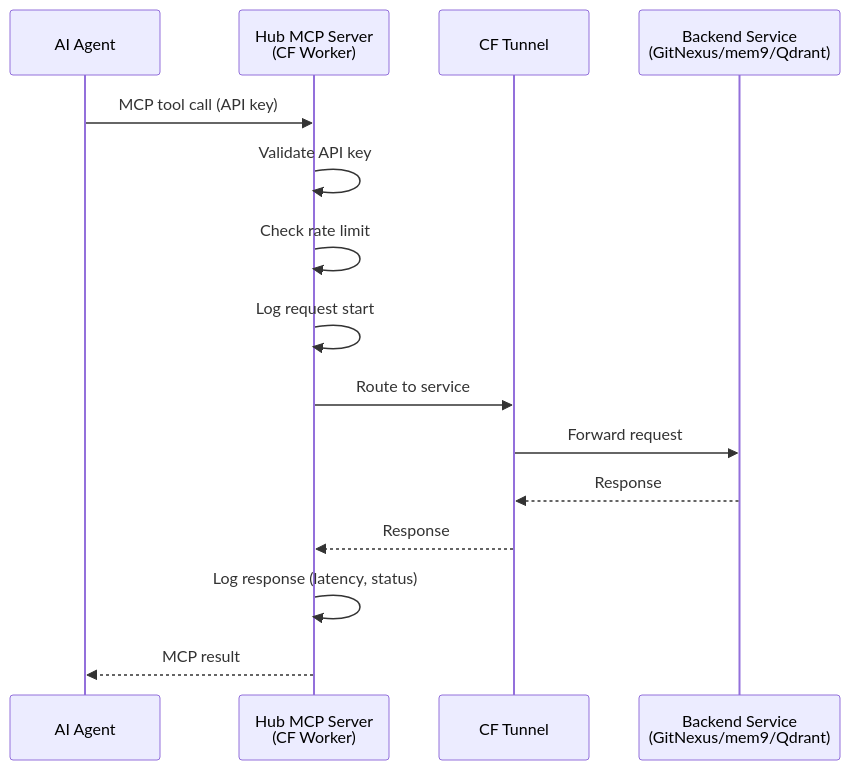
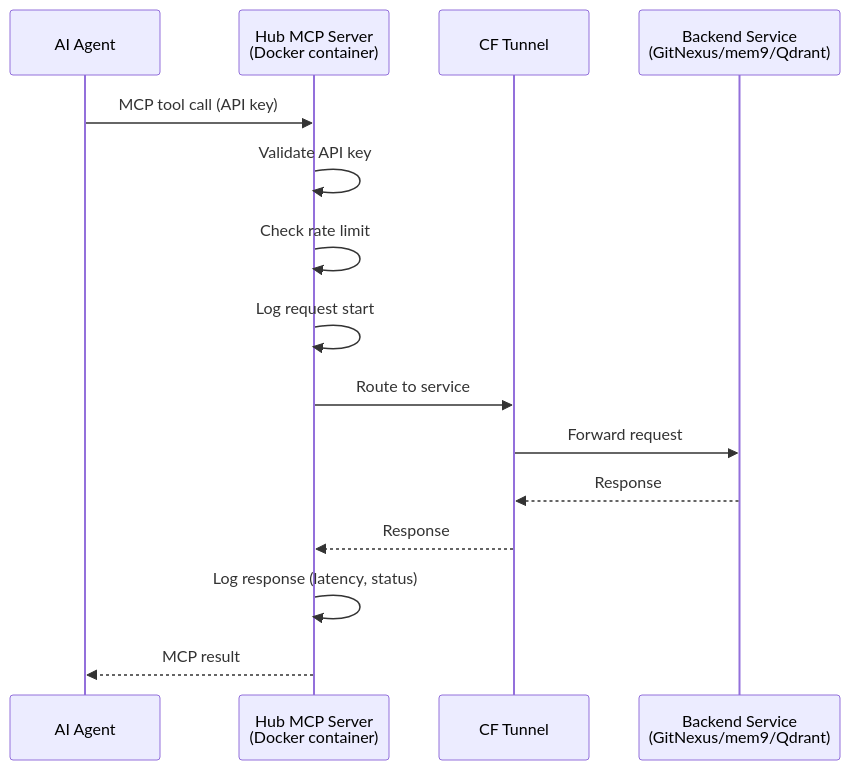
The second of 4 diagrams in docs/architecture/system-diagrams/container-and-flows.md (tk1cntt/cortex-hub), drawn with Mermaid before and after one commit. The commit also changed other lines of this file and 4 other files, not shown here.

````diff
--- a/docs/architecture/system-diagrams/container-and-flows.md
+++ b/docs/architecture/system-diagrams/container-and-flows.md
@@ -37,18 +37,18 @@
 ```mermaid
 sequenceDiagram
     participant Agent as AI Agent
-    participant HubMCP as Hub MCP Server<br/>(CF Worker)
+    participant HubMCP as Hub MCP Server<br/>(Docker container)
     participant Tunnel as CF Tunnel
     participant Service as Backend Service<br/>(GitNexus/mem9/Qdrant)
 
     Agent->>HubMCP: MCP tool call (API key)
     HubMCP->>HubMCP: Validate API key
     HubMCP->>HubMCP: Check rate limit
     HubMCP->>HubMCP: Log request start
     HubMCP->>Tunnel: Route to service
     Tunnel->>Service: Forward request
     Service-->>Tunnel: Response
     Tunnel-->>HubMCP: Response
     HubMCP->>HubMCP: Log response (latency, status)
     HubMCP-->>Agent: MCP result
 ```
````
